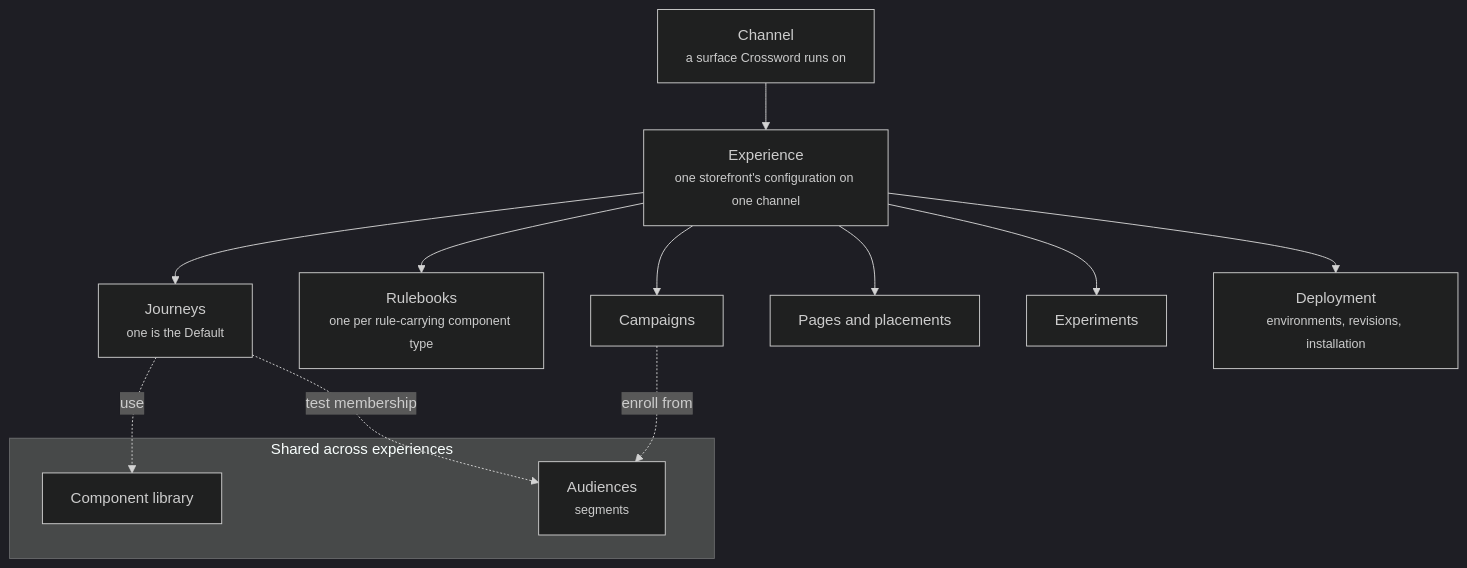
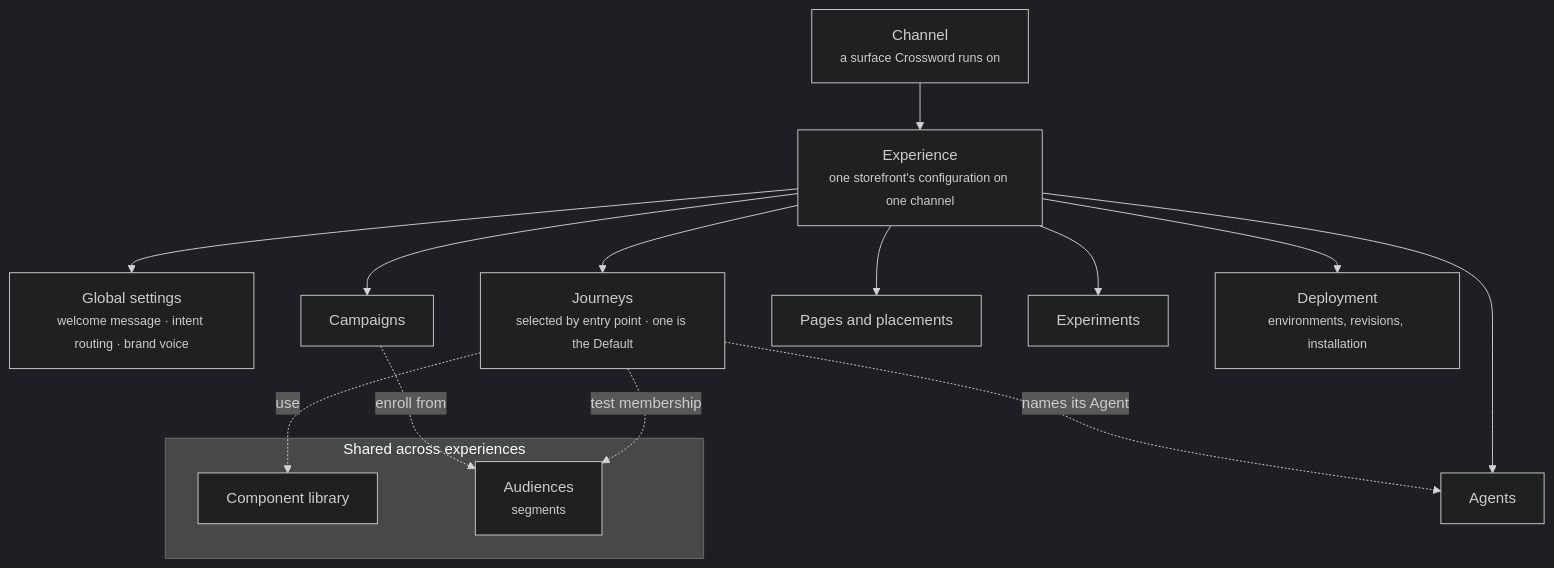
One commit to crossword-ai/docs changed the diagram in orchestration/channels-and-experiences.mdx. Above: the diagram before and after it, drawn with Mermaid (dark theme). The commit also changed other lines of this file and 89 other files, not shown here.

````diff
--- a/orchestration/channels-and-experiences.mdx
+++ b/orchestration/channels-and-experiences.mdx
@@ -14,18 +14,20 @@
 ```mermaid
 flowchart TB
   CH["Channel<br/><small>a surface Crossword runs on</small>"]
   CH --> EXP["Experience<br/><small>one storefront's configuration on one channel</small>"]
-  EXP --> J["Journeys<br/><small>one is the Default</small>"]
-  EXP --> RB["Rulebooks<br/><small>one per rule-carrying component type</small>"]
+  EXP --> GS["Global settings<br/><small>welcome message · intent routing · brand voice</small>"]
+  EXP --> J["Journeys<br/><small>selected by entry point · one is the Default</small>"]
+  EXP --> AG["Agents"]
   EXP --> CAMP["Campaigns"]
   EXP --> PP["Pages and placements"]
   EXP --> EXPT["Experiments"]
   EXP --> DEP["Deployment<br/><small>environments, revisions, installation</small>"]
   subgraph SHARED["Shared across experiences"]
     LIB["Component library"]
     AUD["Audiences<br/><small>segments</small>"]
   end
+  J -. "names its Agent" .-> AG
   J -. "use" .-> LIB
   J -. "test membership" .-> AUD
   CAMP -. "enroll from" .-> AUD
 ```
````
